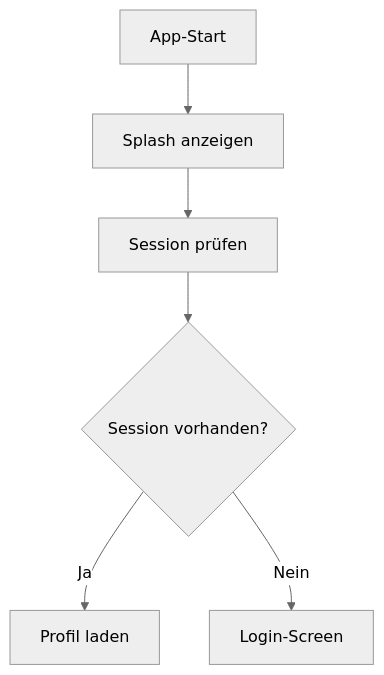
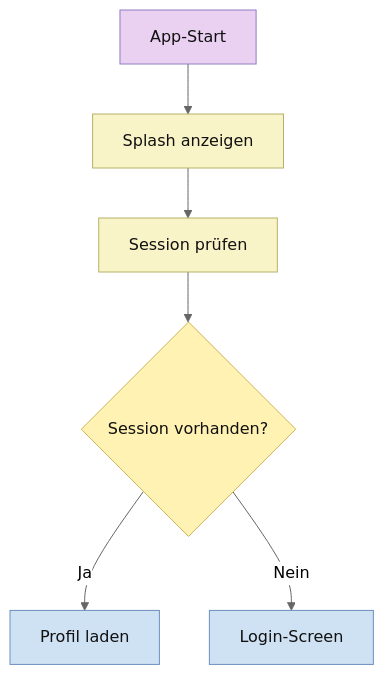
Before and after one commit to Nejy190501/WGManager: the seventh of 23 diagrams in ABLAUFDIAGRAMM.md, drawn with Mermaid (neutral theme). The commit also changed other lines of this file, not shown here.

````diff
--- a/ABLAUFDIAGRAMM.md
+++ b/ABLAUFDIAGRAMM.md
@@ -237,8 +325,21 @@
 ```mermaid
 flowchart TD
     A["App-Start"] --> B["Splash anzeigen"]
     B --> C["Session prüfen"]
     C --> D{"Session vorhanden?"}
     D -->|Ja| E["Profil laden"]
     D -->|Nein| F["Login-Screen"]
+
+    classDef userAction fill:#ead1f2,stroke:#8e7cc3,color:#111;
+    classDef systemAction fill:#f9f4c7,stroke:#b7b26a,color:#111;
+    classDef userDecision fill:#f4cccc,stroke:#cc7a7a,color:#111;
+    classDef systemDecision fill:#fff2b2,stroke:#c9b458,color:#111;
+    classDef button fill:#f4a6a6,stroke:#c97b7b,color:#111;
+    classDef userInput fill:#f8d7da,stroke:#d49aa2,color:#111;
+    classDef screen fill:#cfe2f3,stroke:#6c8ebf,color:#111;
+
+    class A userAction;
+    class B,C systemAction;
+    class D systemDecision;
+    class E,F screen;
 ```
````
